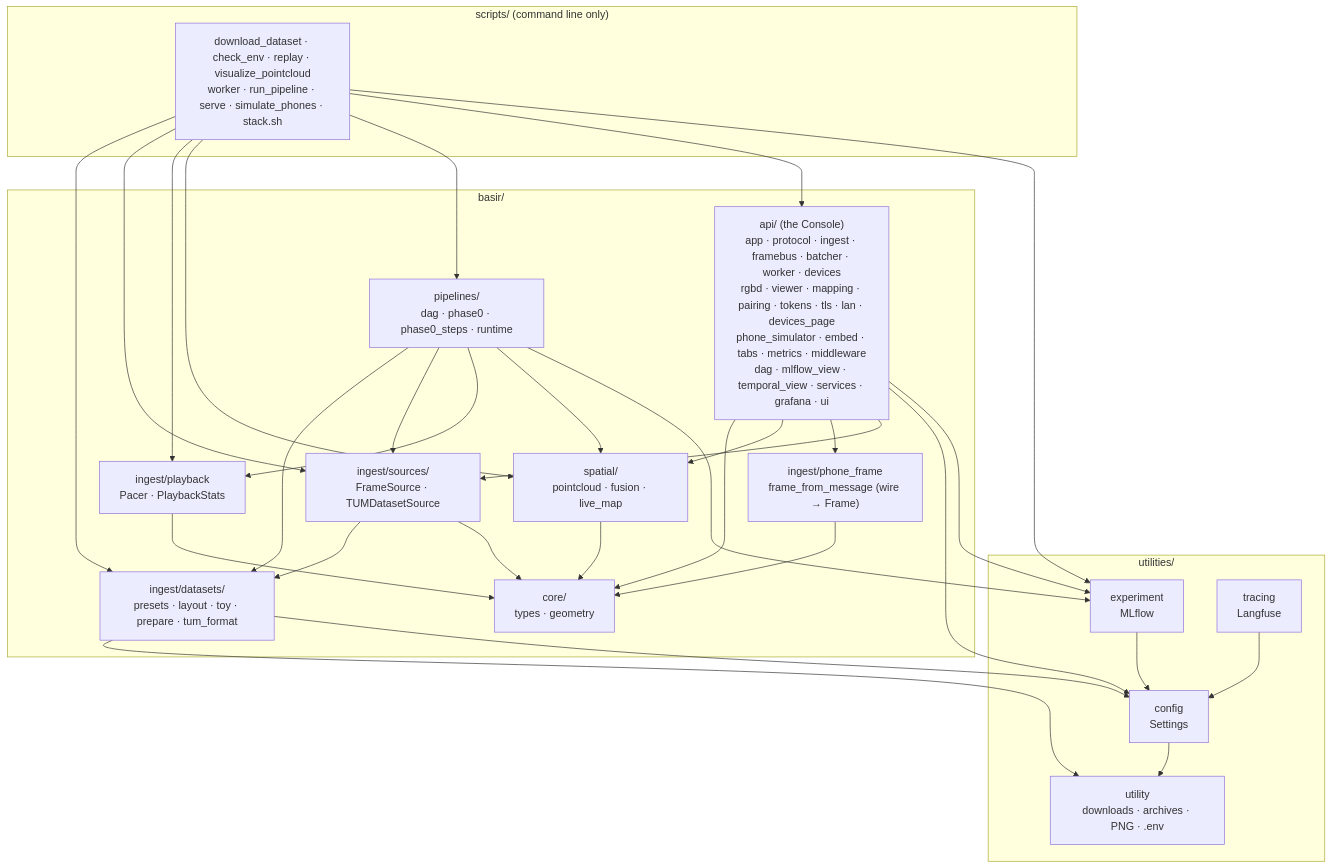
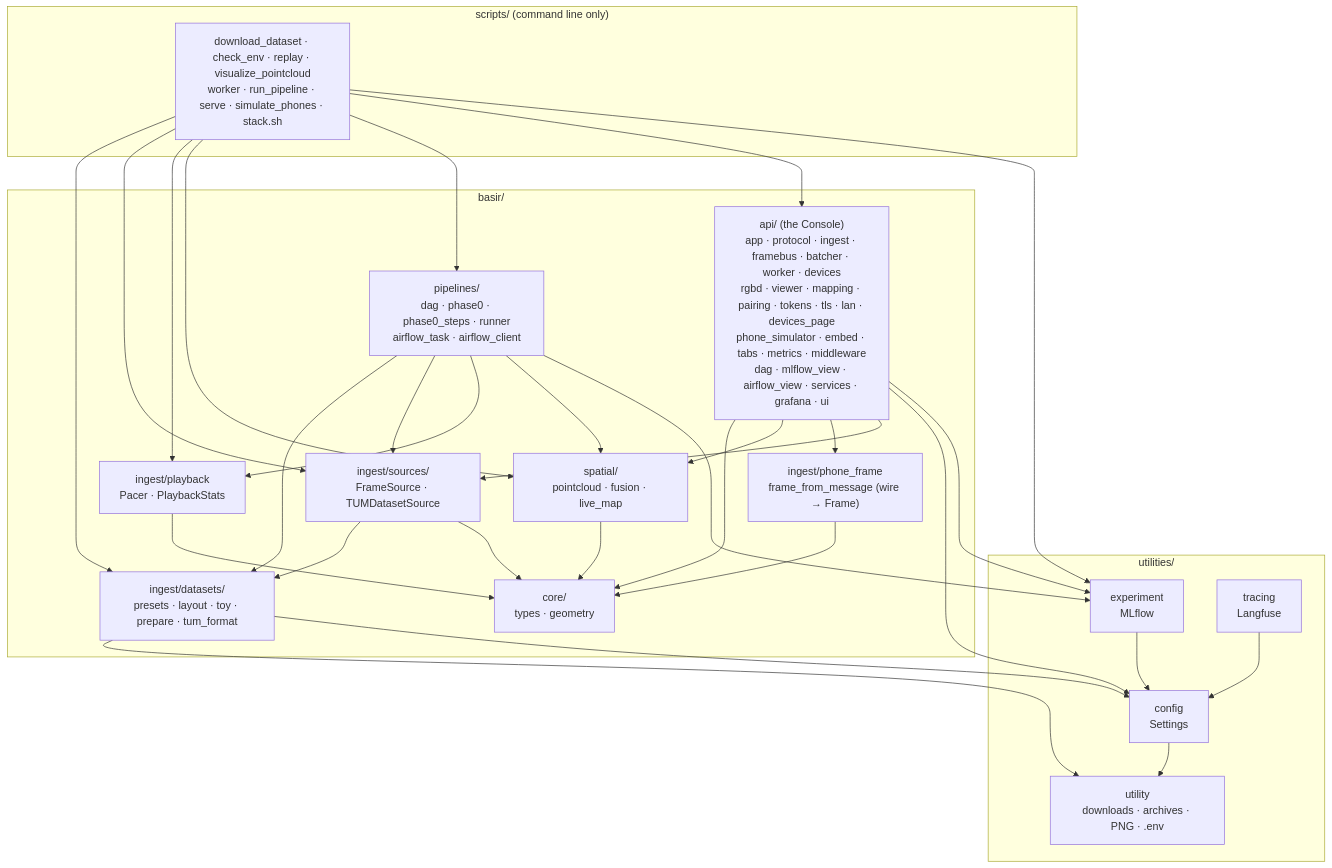
One commit to omarTBakr/Basir changed the diagram in docs/12-architecture.md. Above: the diagram before and after it, drawn with Mermaid. The commit also changed other lines of this file and 1 other file, not shown here.

First line of the commit message:
docs: architecture and testing pages follow the Airflow move

````diff
--- a/docs/12-architecture.md
+++ b/docs/12-architecture.md
@@ -7,33 +7,33 @@
 ```mermaid
 flowchart TB
   subgraph entry["scripts/ (command line only)"]
     scripts["download_dataset · check_env · replay · visualize_pointcloud<br/>worker · run_pipeline · serve · simulate_phones · stack.sh"]
   end
   subgraph domain["basir/"]
     core["core/<br/>types · geometry"]
     datasets["ingest/datasets/<br/>presets · layout · toy · prepare · tum_format"]
     sources["ingest/sources/<br/>FrameSource · TUMDatasetSource"]
     phoneframe["ingest/phone_frame<br/>frame_from_message (wire → Frame)"]
     playback["ingest/playback<br/>Pacer · PlaybackStats"]
     spatial["spatial/<br/>pointcloud · fusion · live_map"]
-    pipelines["pipelines/<br/>dag · phase0 · phase0_steps · runtime"]
-    api["api/ (the Console)<br/>app · protocol · ingest · framebus · batcher · worker · devices<br/>rgbd · viewer · mapping · pairing · tokens · tls · lan · devices_page<br/>phone_simulator · embed · tabs · metrics · middleware<br/>dag · mlflow_view · temporal_view · services · grafana · ui"]
+    pipelines["pipelines/<br/>dag · phase0 · phase0_steps · runner<br/>airflow_task · airflow_client"]
+    api["api/ (the Console)<br/>app · protocol · ingest · framebus · batcher · worker · devices<br/>rgbd · viewer · mapping · pairing · tokens · tls · lan · devices_page<br/>phone_simulator · embed · tabs · metrics · middleware<br/>dag · mlflow_view · airflow_view · services · grafana · ui"]
   end
   subgraph shared["utilities/"]
     config["config<br/>Settings"]
     exp["experiment<br/>MLflow"]
     trace["tracing<br/>Langfuse"]
     util["utility<br/>downloads · archives · PNG · .env"]
   end
   scripts --> datasets & sources & playback & spatial & pipelines & api & exp
   pipelines --> datasets & sources & playback & spatial & exp
   api --> core & spatial & phoneframe & sources & config & exp
   phoneframe --> core
   datasets --> util & config
   sources --> datasets & core
   playback --> core
   spatial --> core
   exp --> config
   trace --> config
   config --> util
 ```
````
